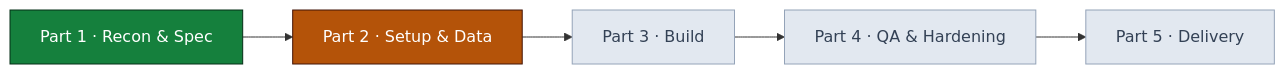
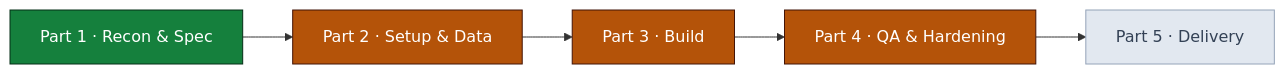
One commit to sargaprasadrs/TroopodAssignment changed the first of 4 diagrams in README.md. Above: the diagram before and after it, drawn with Mermaid. The commit also changed other lines of this file and 11 other files, not shown here.

````diff
--- a/README.md
+++ b/README.md
@@ -11,17 +11,17 @@
 ```mermaid
 flowchart LR
     A["Part 1 · Recon & Spec"] --> B["Part 2 · Setup & Data"]
     B --> C["Part 3 · Build"]
     C --> D["Part 4 · QA & Hardening"]
     D --> E["Part 5 · Delivery"]
 
     A:::done
     B:::wip
-    C:::todo
-    D:::todo
+    C:::wip
+    D:::wip
     E:::todo
 
     classDef done fill:#15803d,stroke:#052e16,color:#fff
     classDef wip fill:#b45309,stroke:#431407,color:#fff
     classDef todo fill:#e2e8f0,stroke:#94a3b8,color:#334155
 ```
````
